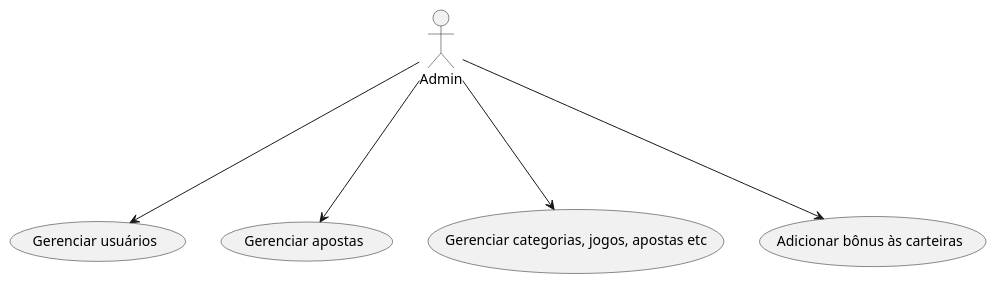
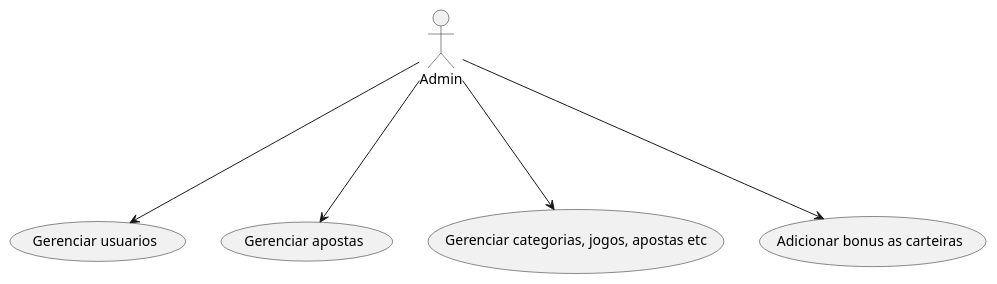
Before and after one commit to desenvolvimento-web-unifil/02-documentacao-nicotech: the second of 2 diagrams in docs/UseCase/UseCases.md, drawn with PlantUML. The commit also changed other lines of this file, not shown here.

Commit message:
link do use case admin

```diff
--- a/docs/UseCase/UseCases.md
+++ b/docs/UseCase/UseCases.md
@@ -17,8 +17,8 @@
 ~~~plantuml
 @startuml
-:Admin: ---> (Gerenciar usuários)     
+:Admin: ---> (Gerenciar usuarios)     
 :Admin: ---> (Gerenciar apostas)
 :Admin: ---> (Gerenciar categorias, jogos, apostas etc)
-:Admin: ---> (Adicionar bônus às carteiras)
+:Admin: ---> (Adicionar bonus as carteiras)
 @enduml 
 ~~~~
```
